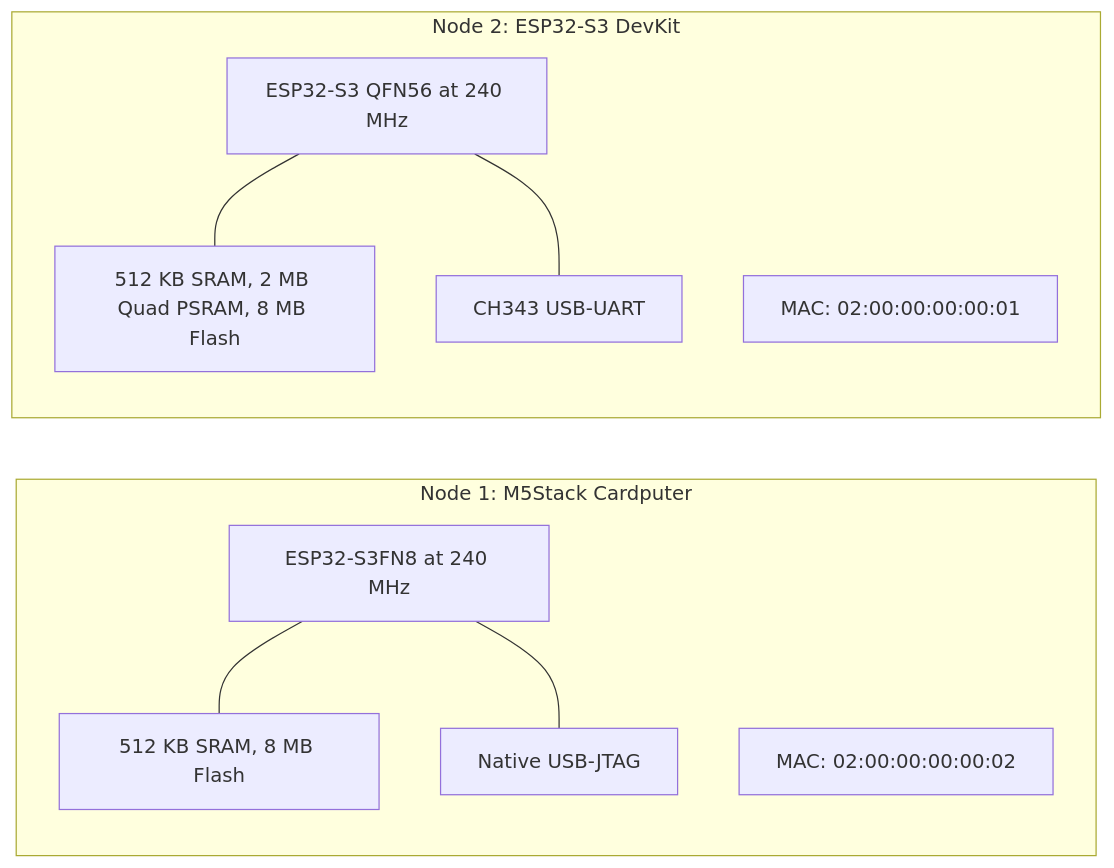
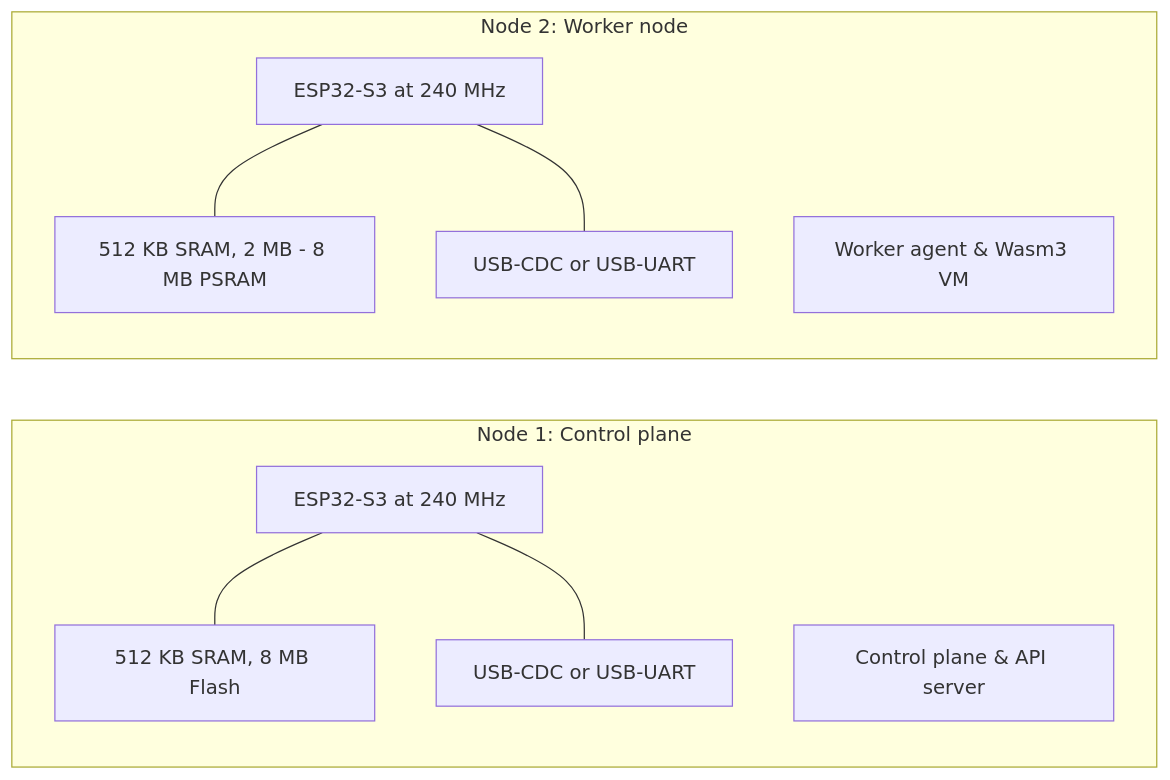
One commit to arterialist/kube32 changed the diagram in docs/hardware-spec.md. Above: the diagram before and after it, drawn with Mermaid. The commit also changed other lines of this file and 11 other files, not shown here.

````diff
--- a/docs/hardware-spec.md
+++ b/docs/hardware-spec.md
@@ -15,21 +15,21 @@
 ```mermaid
 graph LR
-    subgraph CP["Node 1: M5Stack Cardputer"]
-        CP_CPU["ESP32-S3FN8 at 240 MHz"]
-        CP_MEM["512 KB SRAM, 8 MB Flash"]
-        CP_IO["Native USB-JTAG"]
-        CP_MAC["MAC: 02:00:00:00:00:02"]
+    subgraph N1["Node 1: Control plane"]
+        N1_CPU["ESP32-S3 at 240 MHz"]
+        N1_MEM["512 KB SRAM, 8 MB Flash"]
+        N1_IO["USB-CDC or USB-UART"]
+        N1_ROLE["Control plane & API server"]
     end
 
-    subgraph DK["Node 2: ESP32-S3 DevKit"]
-        DK_CPU["ESP32-S3 QFN56 at 240 MHz"]
-        DK_MEM["512 KB SRAM, 2 MB Quad PSRAM, 8 MB Flash"]
-        DK_IO["CH343 USB-UART"]
-        DK_MAC["MAC: 02:00:00:00:00:01"]
+    subgraph N2["Node 2: Worker node"]
+        N2_CPU["ESP32-S3 at 240 MHz"]
+        N2_MEM["512 KB SRAM, 2 MB - 8 MB PSRAM"]
+        N2_IO["USB-CDC or USB-UART"]
+        N2_ROLE["Worker agent & Wasm3 VM"]
     end
 
-    CP_CPU --- CP_MEM
-    CP_CPU --- CP_IO
-    DK_CPU --- DK_MEM
-    DK_CPU --- DK_IO
+    N1_CPU --- N1_MEM
+    N1_CPU --- N1_IO
+    N2_CPU --- N2_MEM
+    N2_CPU --- N2_IO
 ```
````
